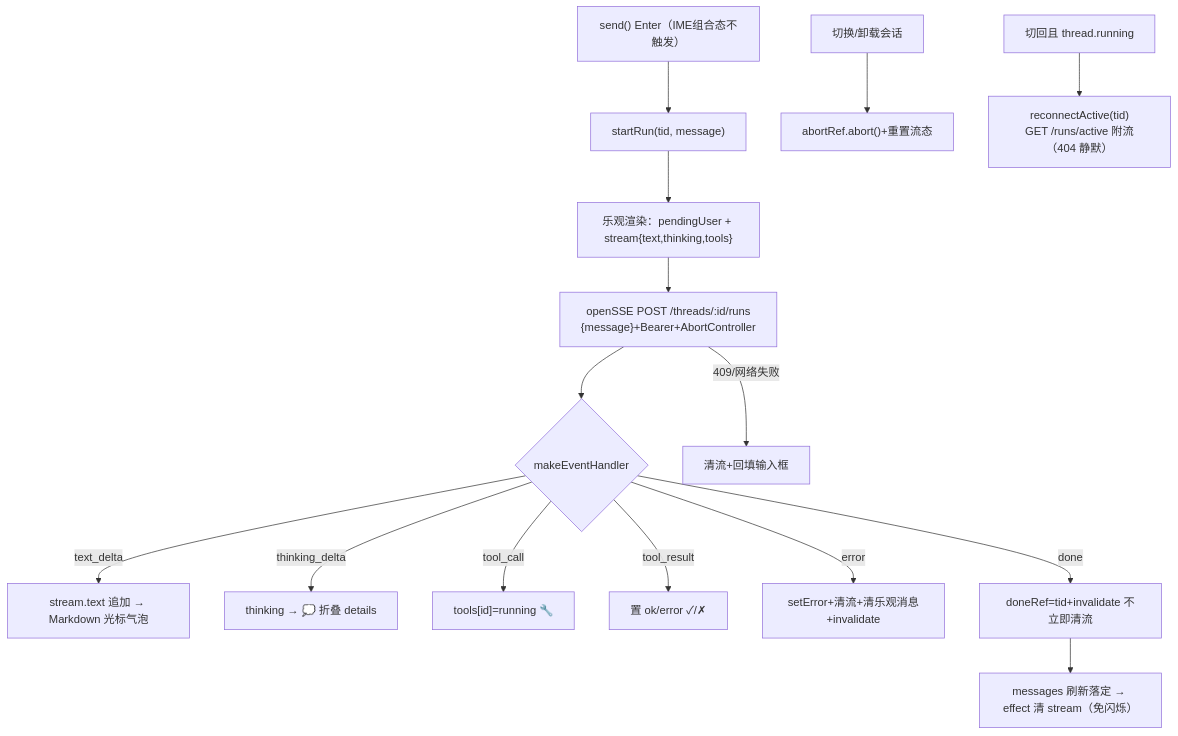
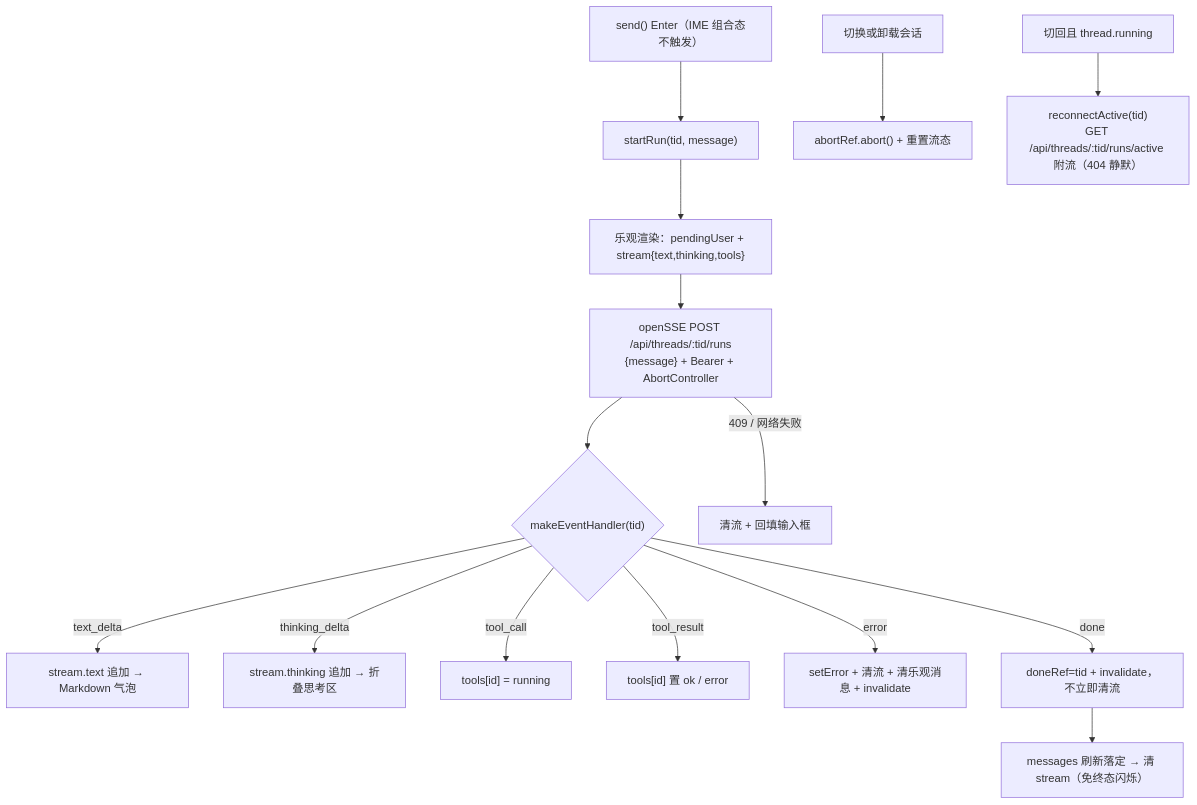
Before and after one commit to hershate/Deep-tutor: the second of 3 diagrams in note/10-前端架构.md, drawn with Mermaid. The commit also changed other lines of this file, not shown here.

Commit message:
docs(note/10): 前端架构重基线——按当前代码重算 v1 前端行号与签名（plugins.ts 1461、api.ts 1542、taskEngine 495、tasks 557、组件 38 个、路由 App.tsx 70-128、插件 API 1.18.0），新增 §3 Go 侧新前端现状（frontend-next 体量/依赖/src 结构/i18n/Electron 宿主/能力差距）、§4 Go 侧事件流与前端桥接（3 条 SSE 通道、游标与心跳、/api 缺位）、§5 两代前端对照总表

````diff
--- a/note/10-前端架构.md
+++ b/note/10-前端架构.md
@@ -111,17 +242,17 @@
 ```mermaid
 flowchart TB
-    SEND["send() Enter（IME组合态不触发）"] --> RUN["startRun(tid, message)"]
+    SEND["send() Enter（IME 组合态不触发）"] --> RUN["startRun(tid, message)"]
     RUN --> OPT["乐观渲染：pendingUser + stream{text,thinking,tools}"]
-    OPT --> POST["openSSE POST /threads/:id/runs<br/>{message}+Bearer+AbortController"]
-    POST --> EV{makeEventHandler}
-    EV -->|text_delta| T1["stream.text 追加 → Markdown 光标气泡"]
-    EV -->|thinking_delta| T2["thinking → 💭 折叠 details"]
-    EV -->|tool_call| T3["tools[id]=running 🔧"]
-    EV -->|tool_result| T4["置 ok/error ✓/✗"]
-    EV -->|error| T5["setError+清流+清乐观消息+invalidate"]
-    EV -->|done| T6["doneRef=tid+invalidate 不立即清流"]
-    T6 --> CLR["messages 刷新落定 → effect 清 stream（免闪烁）"]
-    POST -->|409/网络失败| FAIL["清流+回填输入框"]
-    SWITCH["切换/卸载会话"] --> ABORT["abortRef.abort()+重置流态"]
-    BACK["切回且 thread.running"] --> RA["reconnectActive(tid)<br/>GET /runs/active 附流（404 静默）"]
+    OPT --> POST["openSSE POST /api/threads/:tid/runs<br/>{message} + Bearer + AbortController"]
+    POST --> EV{"makeEventHandler(tid)"}
+    EV -->|text_delta| T1["stream.text 追加 → Markdown 气泡"]
+    EV -->|thinking_delta| T2["stream.thinking 追加 → 折叠思考区"]
+    EV -->|tool_call| T3["tools[id] = running"]
+    EV -->|tool_result| T4["tools[id] 置 ok / error"]
+    EV -->|error| T5["setError + 清流 + 清乐观消息 + invalidate"]
+    EV -->|done| T6["doneRef=tid + invalidate，不立即清流"]
+    T6 --> CLR["messages 刷新落定 → 清 stream（免终态闪烁）"]
+    POST -->|409 / 网络失败| FAIL["清流 + 回填输入框"]
+    SWITCH["切换或卸载会话"] --> ABORT["abortRef.abort() + 重置流态"]
+    BACK["切回且 thread.running"] --> RA["reconnectActive(tid)<br/>GET /api/threads/:tid/runs/active 附流（404 静默）"]
 ```
````
